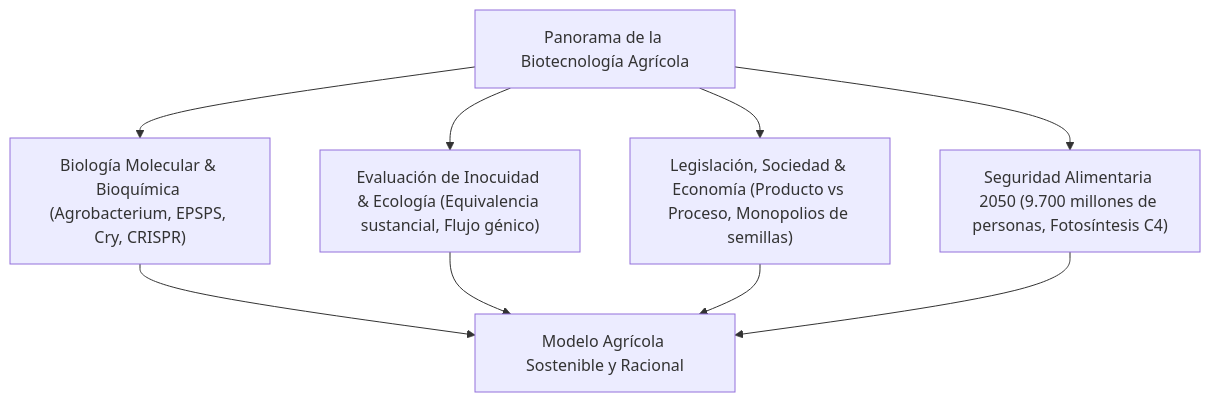
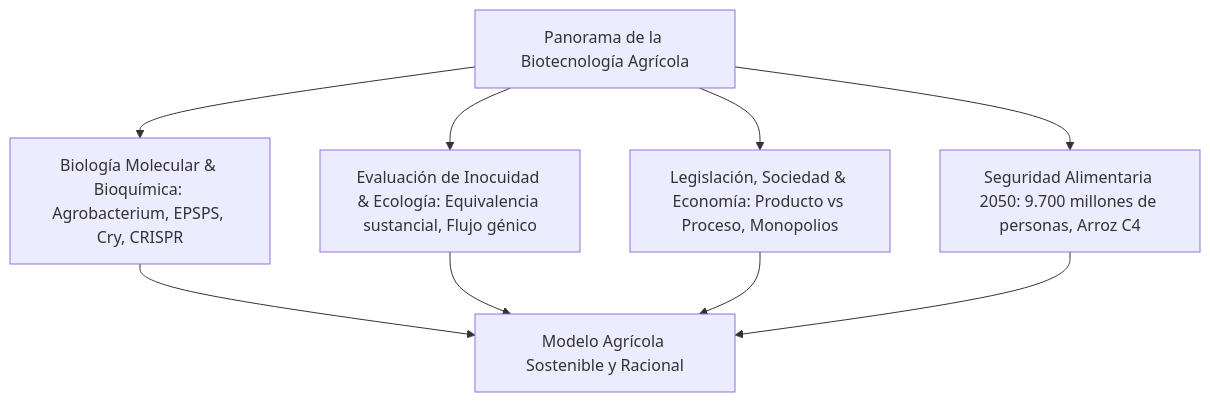
Before and after one commit to kenjinote/blog: the first of 2 diagrams in content/post/genetically-modified-crops-biotechnology-agriculture-safety-future/index.es.md, drawn with Mermaid. The commit also changed other lines of this file and 11 other files, not shown here.

````diff
--- a/content/post/genetically-modified-crops-biotechnology-agriculture-safety-future/index.es.md
+++ b/content/post/genetically-modified-crops-biotechnology-agriculture-safety-future/index.es.md
@@ -17,9 +22,10 @@
 ```mermaid
 flowchart TD
     BIO["Panorama de la Biotecnología Agrícola"]
-    BIO --> M1["Biología Molecular & Bioquímica (Agrobacterium, EPSPS, Cry, CRISPR)"]
-    BIO --> M2["Evaluación de Inocuidad & Ecología (Equivalencia sustancial, Flujo génico)"]
-    BIO --> M3["Legislación, Sociedad & Economía (Producto vs Proceso, Monopolios de semillas)"]
-    BIO --> M4["Seguridad Alimentaria 2050 (9.700 millones de personas, Fotosíntesis C4)"]
+    BIO --> M1["Biología Molecular & Bioquímica: Agrobacterium, EPSPS, Cry, CRISPR"]
+    BIO --> M2["Evaluación de Inocuidad & Ecología: Equivalencia sustancial, Flujo génico"]
+    BIO --> M3["Legislación, Sociedad & Economía: Producto vs Proceso, Monopolios"]
+    BIO --> M4["Seguridad Alimentaria 2050: 9.700 millones de personas, Arroz C4"]
+    
     M1 & M2 & M3 & M4 --> TOTAL["Modelo Agrícola Sostenible y Racional"]
 ```
````
